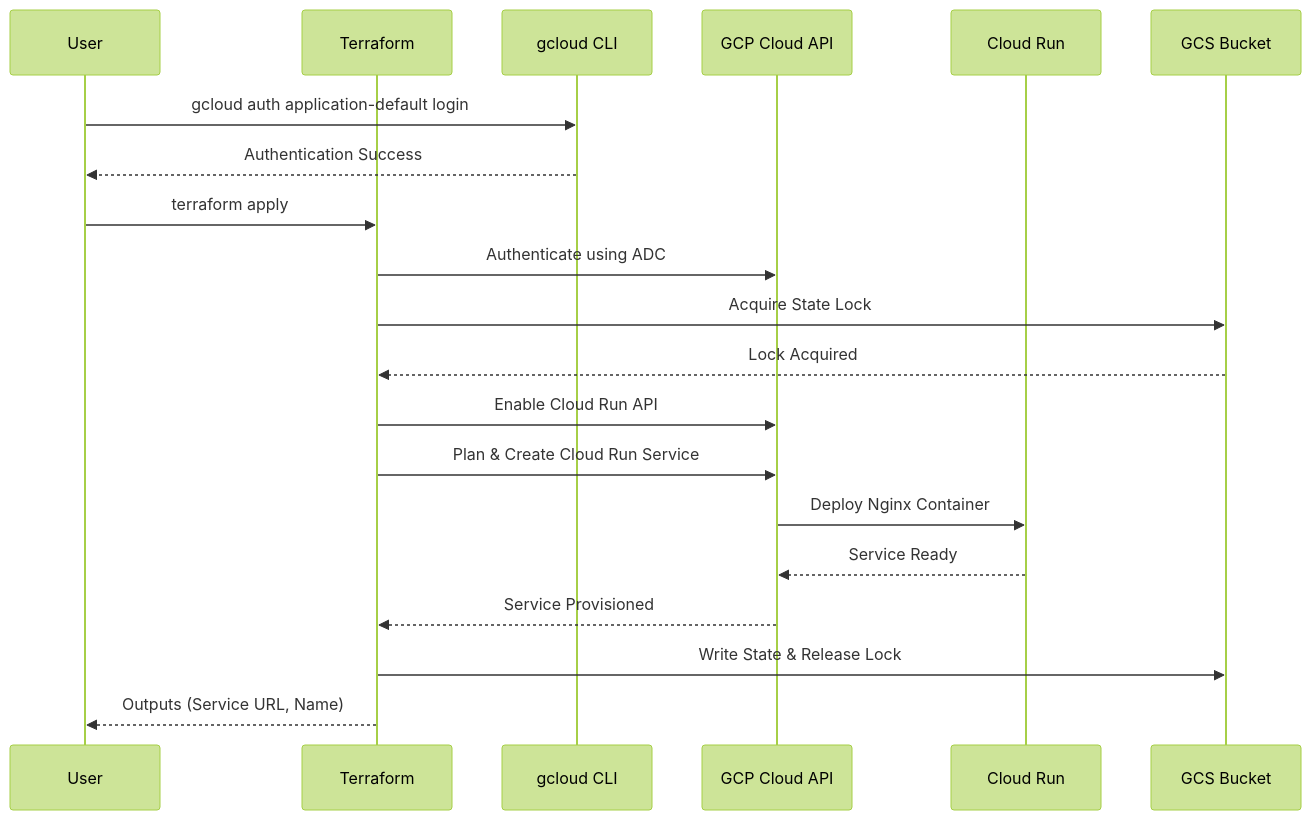
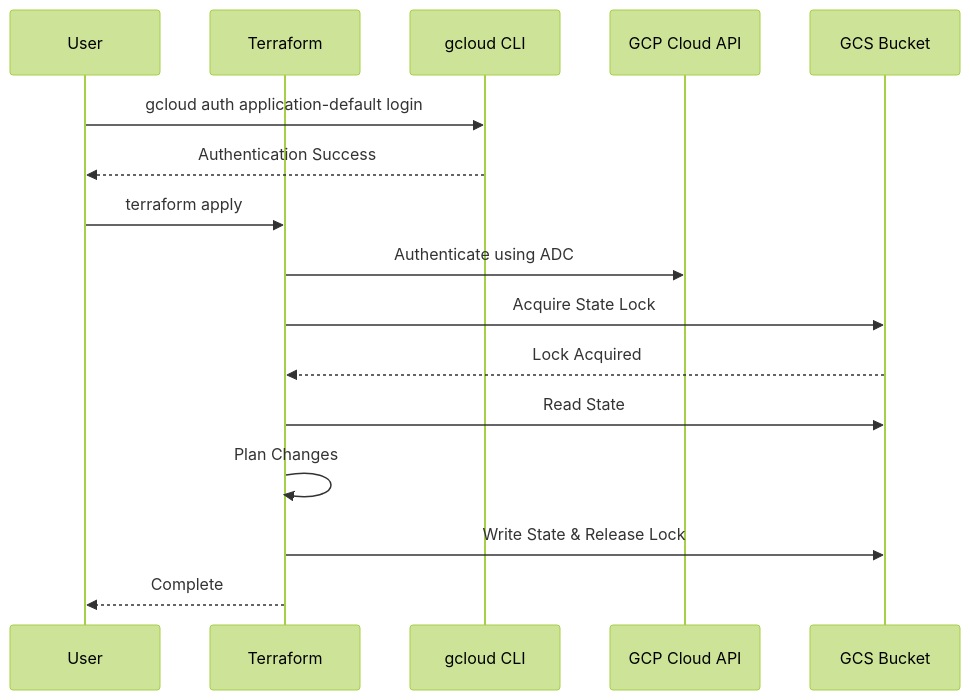
The second of 7 diagrams in README.md (marcuwynu23/terraform-remote-state-locking), drawn with Mermaid (forest theme) before and after one commit. The commit also changed other lines of this file, not shown here.

````diff
--- a/README.md
+++ b/README.md
@@ -26,23 +23,19 @@
 ```mermaid
 sequenceDiagram
     participant U as User
     participant T as Terraform
     participant G as gcloud CLI
     participant API as GCP Cloud API
-    participant CR as Cloud Run
     participant GCS as GCS Bucket
 
     U->>G: gcloud auth application-default login
     G-->>U: Authentication Success
     U->>T: terraform apply
     T->>API: Authenticate using ADC
     T->>GCS: Acquire State Lock
     GCS-->>T: Lock Acquired
-    T->>API: Enable Cloud Run API
-    T->>API: Plan & Create Cloud Run Service
-    API->>CR: Deploy Nginx Container
-    CR-->>API: Service Ready
-    API-->>T: Service Provisioned
+    T->>GCS: Read State
+    T->>T: Plan Changes
     T->>GCS: Write State & Release Lock
-    T-->>U: Outputs (Service URL, Name)
+    T-->>U: Complete
 ```
````
